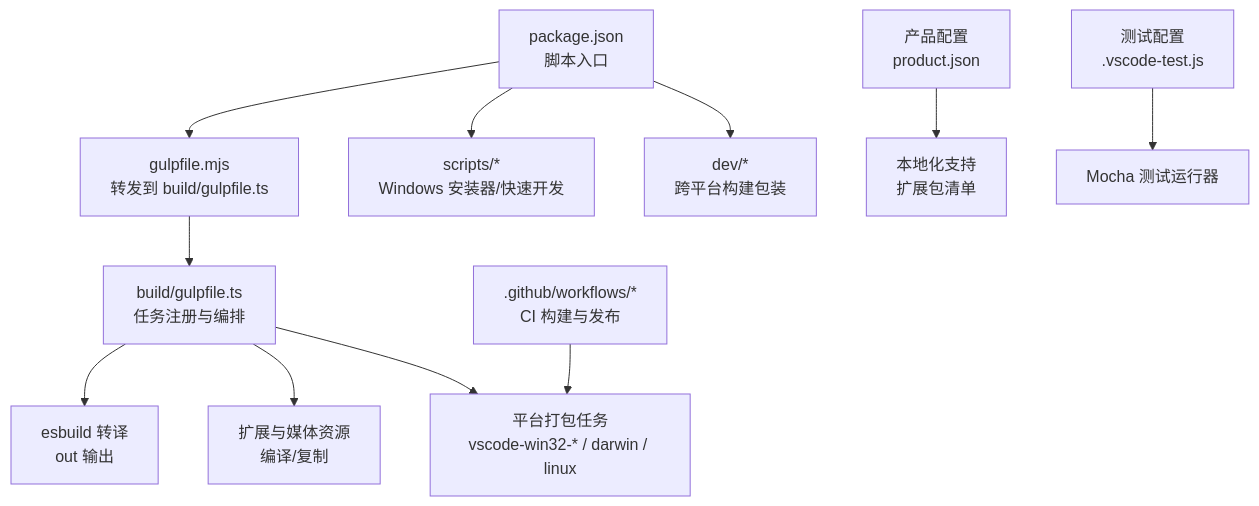
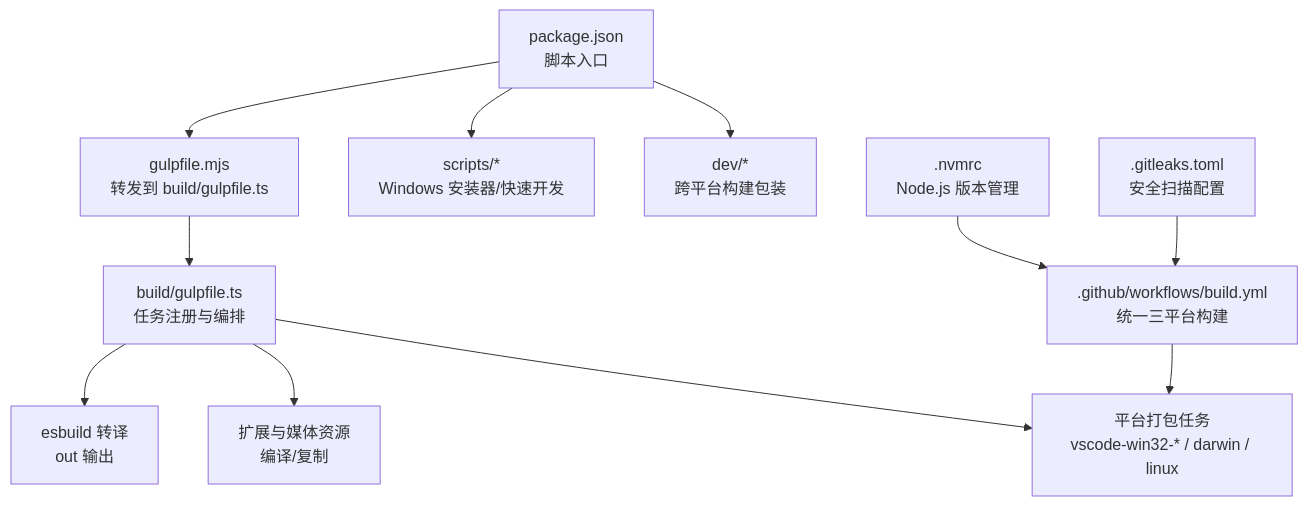
The first of 10 diagrams in .qoder/repowiki/zh/content/构建与部署/构建与部署.md (sofate798/KodrixCode), drawn with Mermaid before and after one commit. The commit also changed other lines of this file and 6 other files, not shown here.

````diff
--- a/.qoder/repowiki/zh/content/构建与部署/构建与部署.md
+++ b/.qoder/repowiki/zh/content/构建与部署/构建与部署.md
@@ -60,13 +53,13 @@
 ```mermaid
 graph TB
 A["package.json<br/>脚本入口"] --> B["gulpfile.mjs<br/>转发到 build/gulpfile.ts"]
 B --> C["build/gulpfile.ts<br/>任务注册与编排"]
 C --> D["esbuild 转译<br/>out 输出"]
 C --> E["扩展与媒体资源<br/>编译/复制"]
 C --> F["平台打包任务<br/>vscode-win32-* / darwin / linux"]
 A --> G["scripts/*<br/>Windows 安装器/快速开发"]
 A --> H["dev/*<br/>跨平台构建包装"]
-I[".github/workflows/*<br/>CI 构建与发布"] --> F
-J["产品配置<br/>product.json"] --> K["本地化支持<br/>扩展包清单"]
-L["测试配置<br/>.vscode-test.js"] --> M["Mocha 测试运行器"]
+I[".github/workflows/build.yml<br/>统一三平台构建"] --> F
+J[".nvmrc<br/>Node.js 版本管理"] --> I
+K[".gitleaks.toml<br/>安全扫描配置"] --> I
 ```
````
